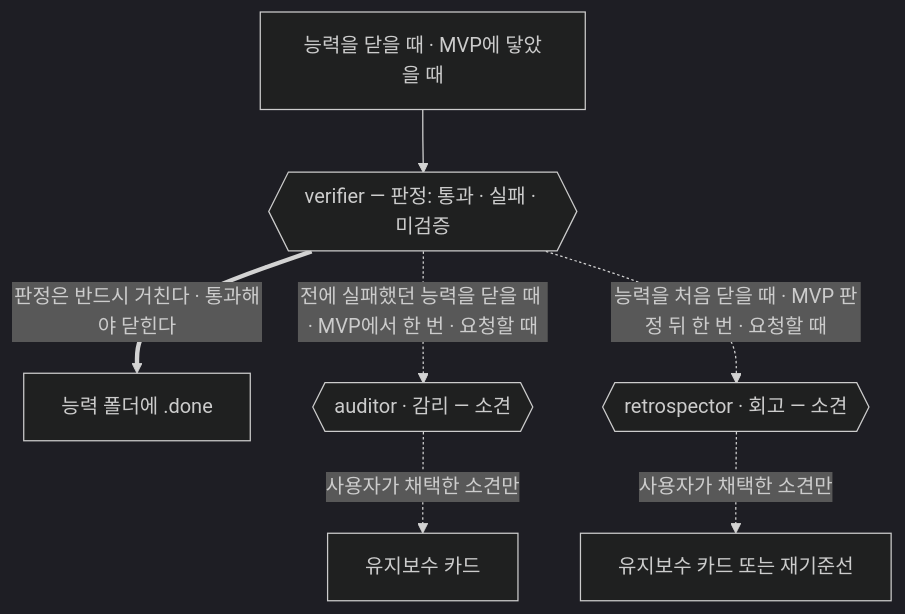
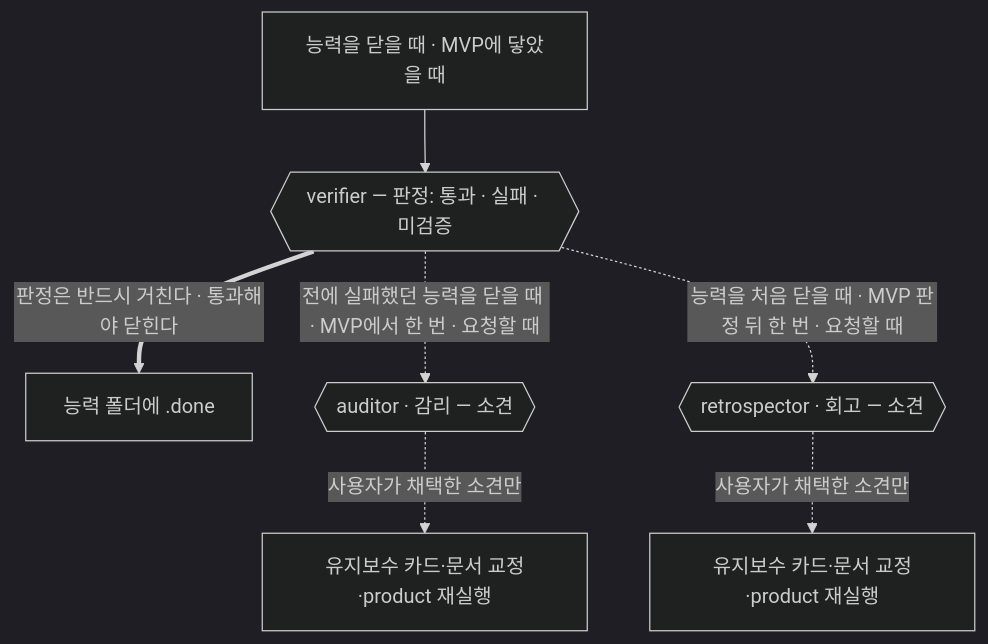
Before and after one commit to nanomia-ai/devflow: the fourth of 5 diagrams in README_ko.md, drawn with Mermaid (dark theme). The commit also changed other lines of this file and 12 other files, not shown here.

````diff
--- a/README_ko.md
+++ b/README_ko.md
@@ -242,9 +283,9 @@
 ```mermaid
 flowchart TB
     CL["능력을 닫을 때 · MVP에 닿았을 때"] --> VF{{"verifier — 판정: 통과 · 실패 · 미검증"}}
     VF ==>|"판정은 반드시 거친다 · 통과해야 닫힌다"| DN["능력 폴더에 .done"]
     VF -.->|"전에 실패했던 능력을 닫을 때 · MVP에서 한 번 · 요청할 때"| AU{{"auditor · 감리 — 소견"}}
     VF -.->|"능력을 처음 닫을 때 · MVP 판정 뒤 한 번 · 요청할 때"| RT{{"retrospector · 회고 — 소견"}}
-    AU -.->|"사용자가 채택한 소견만"| MC["유지보수 카드"]
-    RT -.->|"사용자가 채택한 소견만"| RB["유지보수 카드 또는 재기준선"]
+    AU -.->|"사용자가 채택한 소견만"| MC["유지보수 카드·문서 교정·product 재실행"]
+    RT -.->|"사용자가 채택한 소견만"| RB["유지보수 카드·문서 교정·product 재실행"]
 ```
````
